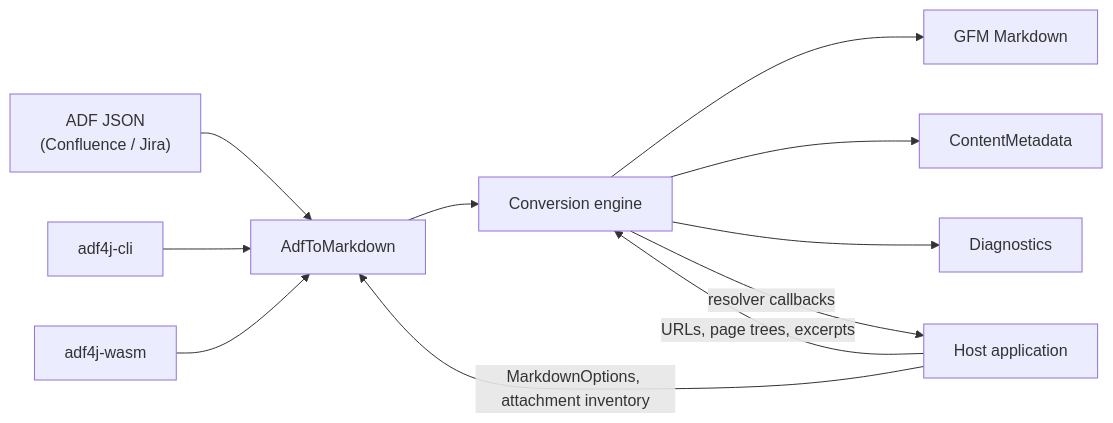
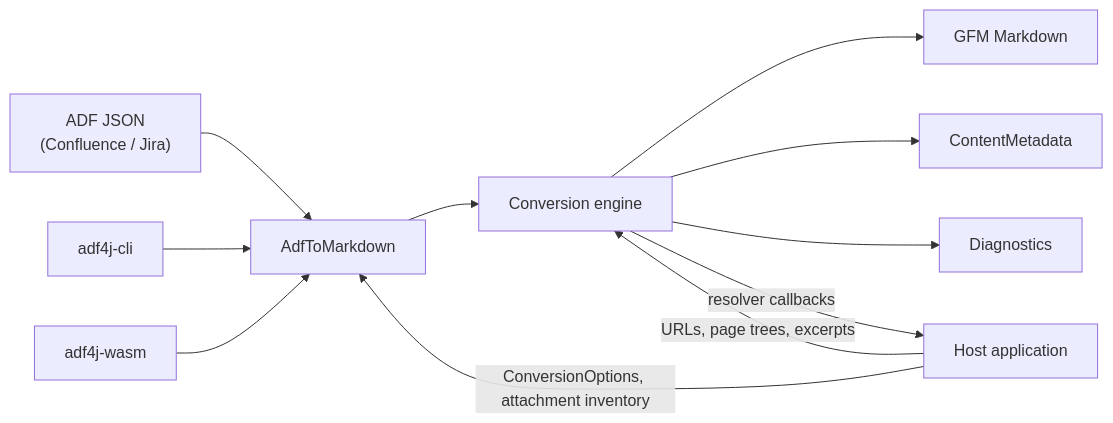
Before and after one commit to thiagogcm/adf4j: the first of 3 diagrams in docs/architecture.md, drawn with Mermaid. The commit also changed other lines of this file and 146 other files, not shown here.

First line of the commit message:
feat(api)!: unify outcomes, configuration, and conversion reporting

````diff
--- a/docs/architecture.md
+++ b/docs/architecture.md
@@ -17,13 +17,13 @@
 ```mermaid
 flowchart LR
     src["ADF JSON<br/>(Confluence / Jira)"] --> api["AdfToMarkdown"]
     api --> engine["Conversion engine"]
     engine --> md["GFM Markdown"]
     engine --> meta["ContentMetadata"]
     engine --> diag["Diagnostics"]
     engine -->|resolver callbacks| host["Host application"]
     host -->|URLs, page trees, excerpts| engine
-    host -->|MarkdownOptions, attachment inventory| api
+    host -->|ConversionOptions, attachment inventory| api
     cli["adf4j-cli"] --> api
     wasm["adf4j-wasm"] --> api
 ```
````
